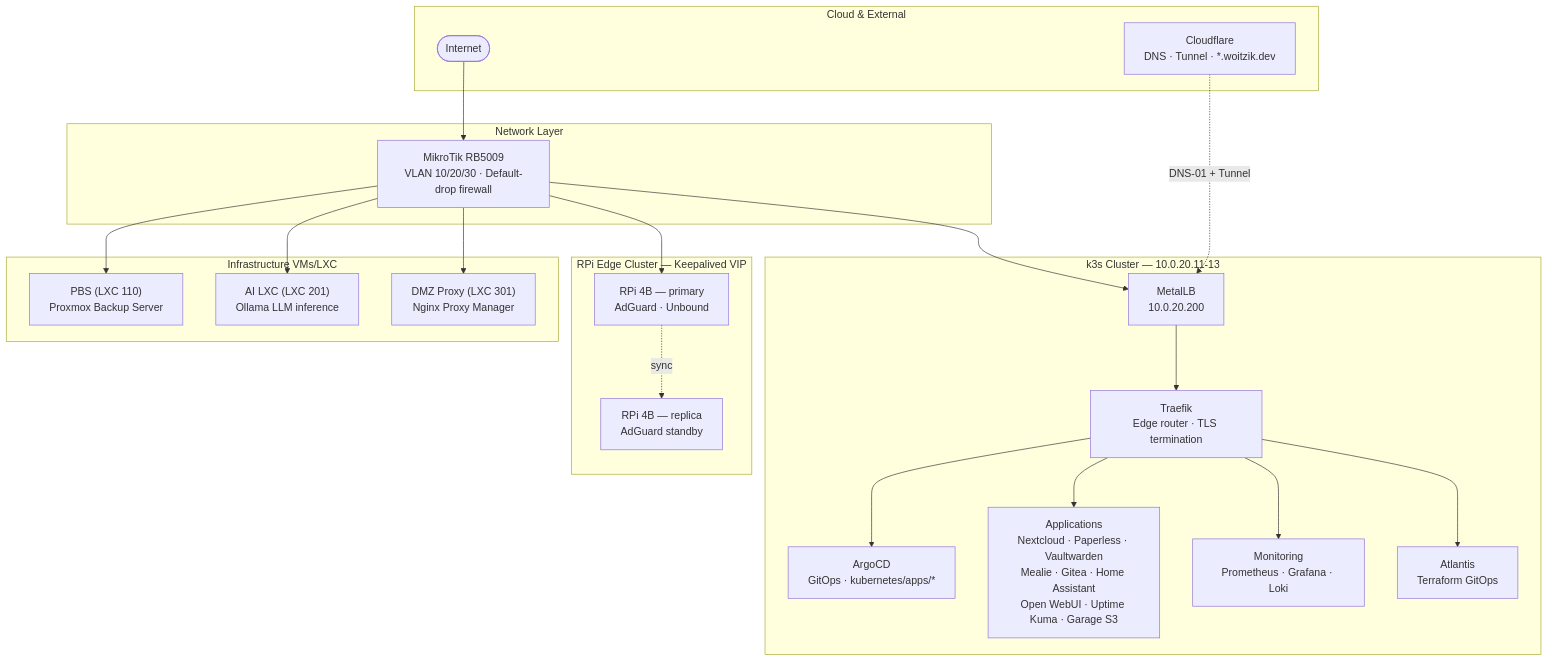
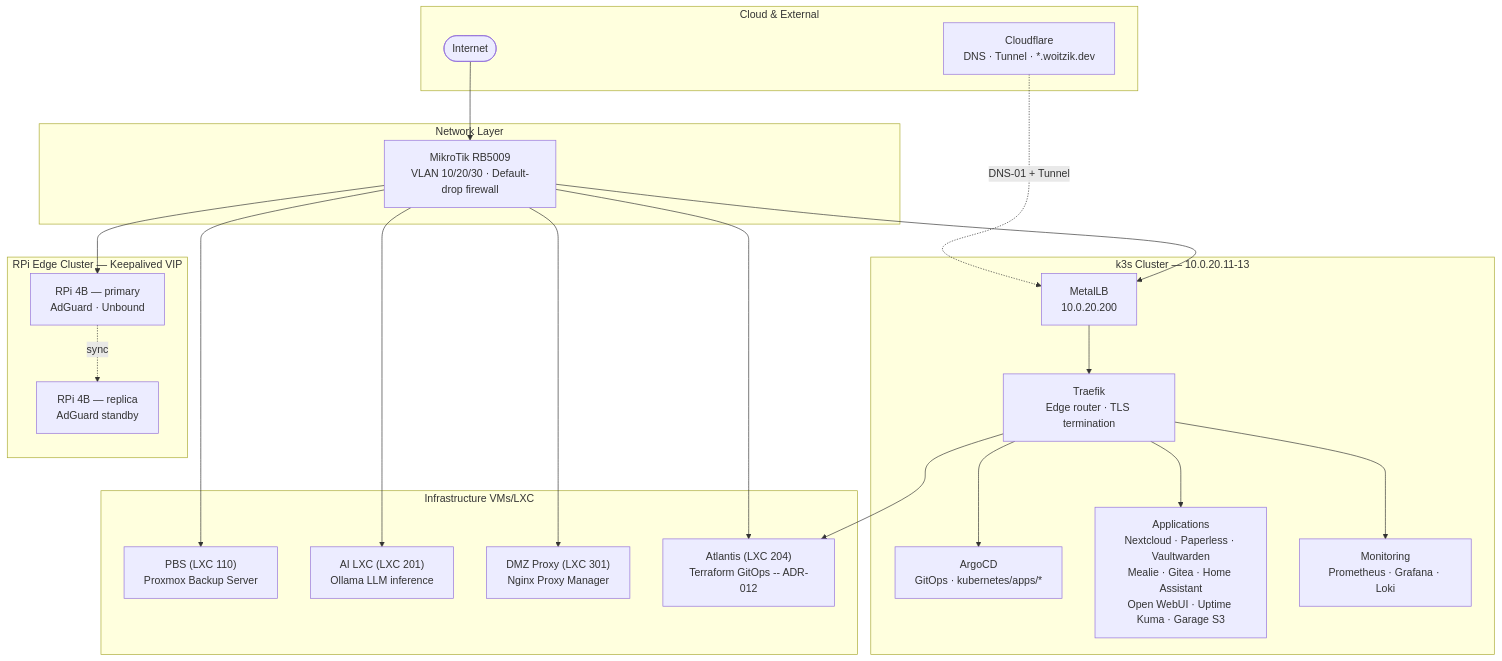
One commit to dwoitzik/homelab-infrastructure changed the diagram in README.md. Above: the diagram before and after it, drawn with Mermaid. The commit also changed other lines of this file and 9 other files, not shown here.

````diff
--- a/README.md
+++ b/README.md
@@ -30,45 +30,46 @@
 ```mermaid
 graph TB
     subgraph cloud["Cloud & External"]
         NET([Internet])
         CF["Cloudflare\nDNS · Tunnel · *.woitzik.dev"]
     end
 
     subgraph router["Network Layer"]
         MK["MikroTik RB5009\nVLAN 10/20/30 · Default-drop firewall"]
     end
 
     subgraph k3s["k3s Cluster — 10.0.20.11-13"]
         LB["MetalLB\n10.0.20.200"]
         TR["Traefik\nEdge router · TLS termination"]
         ARGO["ArgoCD\nGitOps · kubernetes/apps/*"]
         APPS["Applications\nNextcloud · Paperless · Vaultwarden\nMealie · Gitea · Home Assistant\nOpen WebUI · Uptime Kuma · Garage S3"]
         MON["Monitoring\nPrometheus · Grafana · Loki"]
-        ATL["Atlantis\nTerraform GitOps"]
     end
 
     subgraph edge["RPi Edge Cluster — Keepalived VIP"]
         RPI1["RPi 4B — primary\nAdGuard · Unbound"]
         RPI2["RPi 4B — replica\nAdGuard standby"]
     end
 
     subgraph infra["Infrastructure VMs/LXC"]
         PBS["PBS (LXC 110)\nProxmox Backup Server"]
         AI["AI LXC (LXC 201)\nOllama LLM inference"]
         DMZ["DMZ Proxy (LXC 301)\nNginx Proxy Manager"]
+        ATLLXC["Atlantis (LXC 204)\nTerraform GitOps -- ADR-012"]
     end
 
     NET --> MK
     CF -. "DNS-01 + Tunnel" .-> LB
     MK --> LB
     LB --> TR
     TR --> ARGO
     TR --> APPS
     TR --> MON
-    TR --> ATL
+    TR --> ATLLXC
     MK --> RPI1
     RPI1 -. "sync" .-> RPI2
     MK --> PBS
     MK --> AI
     MK --> DMZ
+    MK --> ATLLXC
 ```
````
